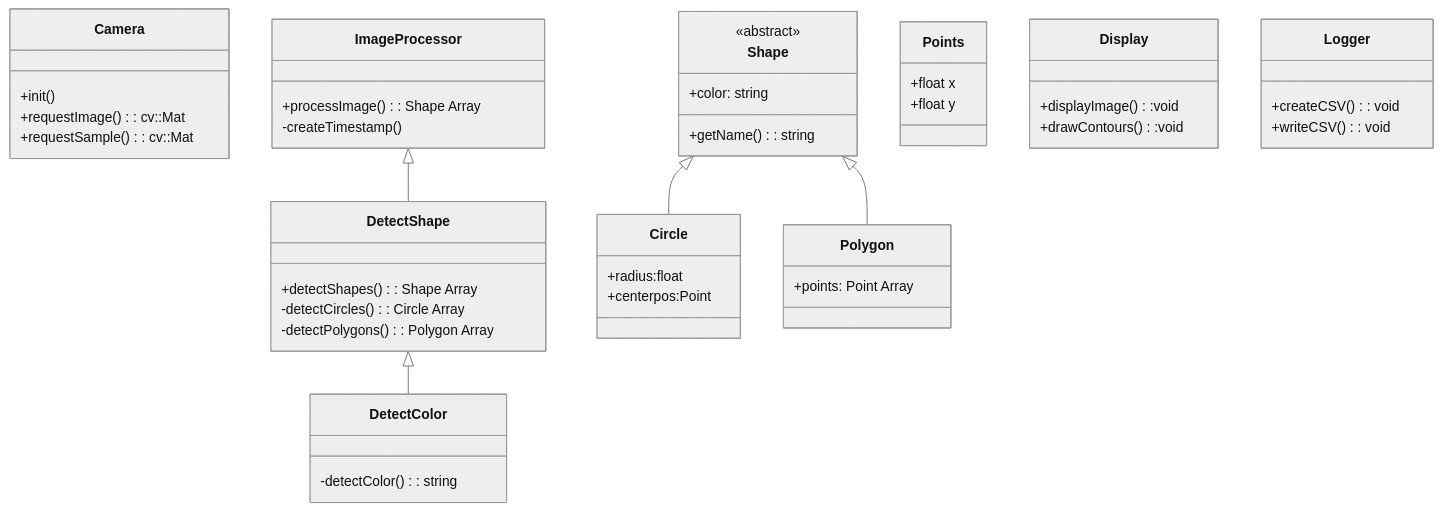
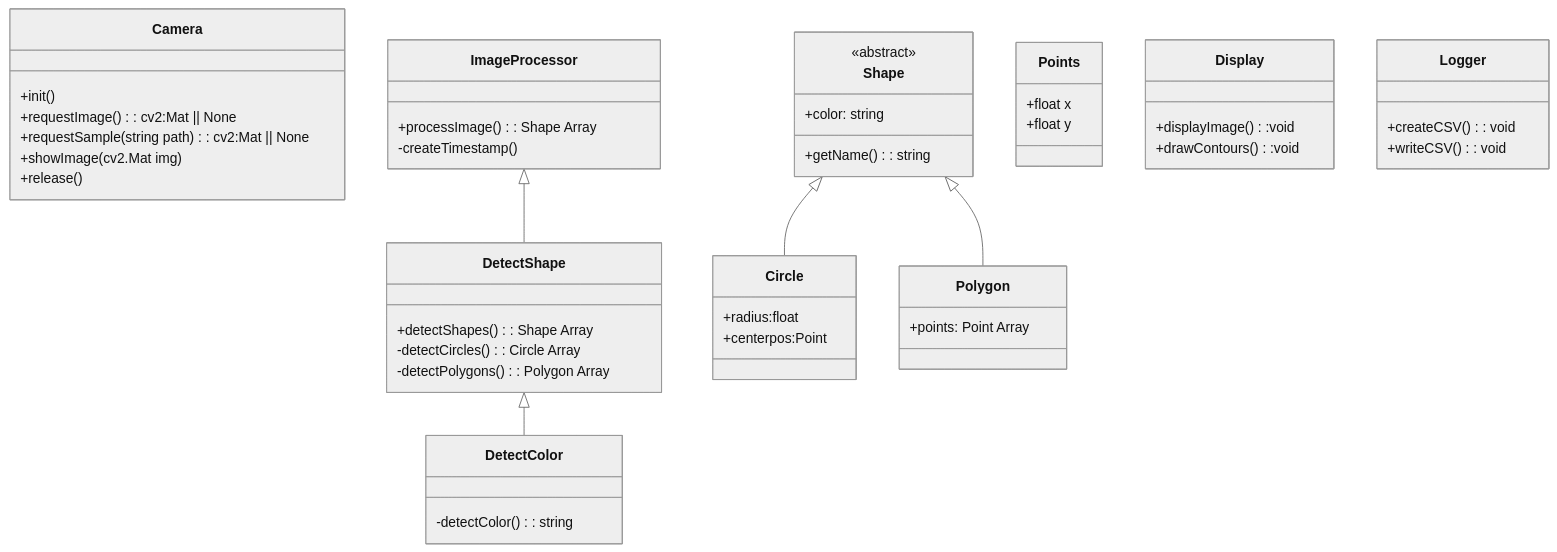
The fourth of 4 diagrams in doc/ProjectMap.md (lightfreak8/fhgr-sweng), drawn with Mermaid (neutral theme) before and after one commit.

Commit message:
adjustments classes Camera

````diff
--- a/doc/ProjectMap.md
+++ b/doc/ProjectMap.md
@@ -102,59 +102,61 @@
 ```mermaid
  classDiagram
 
       class Camera{
         +init()
-        +requestImage(): cv::Mat
-        +requestSample(): cv::Mat
+        +requestImage(): cv2:Mat || None
+        +requestSample(string path): cv2:Mat || None
+        +showImage(cv2.Mat img)
+        +release()
       }
 
       ImageProcessor <|-- DetectShape
       class ImageProcessor{
           +processImage(): Shape Array
           -createTimestamp()
       }
 
       DetectShape <|-- DetectColor
       class DetectShape{
         +detectShapes(): Shape Array
         -detectCircles(): Circle Array
         -detectPolygons(): Polygon Array
       }
 
       Shape <|-- Circle
       Shape <|-- Polygon
 
       class Points{
         +float x
         +float y
       }
       class Shape{
         <<abstract>>
         +getName(): string
         +color: string
 
       }
       class Circle{
         +radius:float
         +centerpos:Point
 
       }
       class Polygon{
         +points: Point Array
       }
 
       class DetectColor{
           -detectColor(): string
       }
 
       class Display{
           +displayImage():void
           +drawContours():void
       }
 
       class Logger{
           +createCSV(): void
           +writeCSV(): void
       }
 
 ```
````
